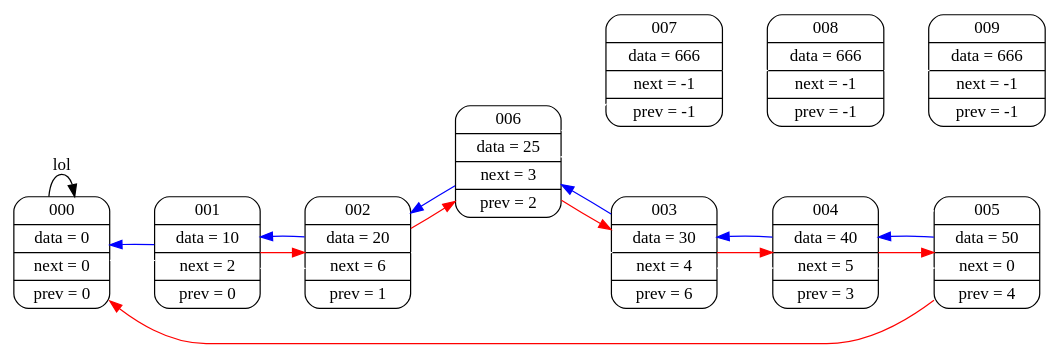
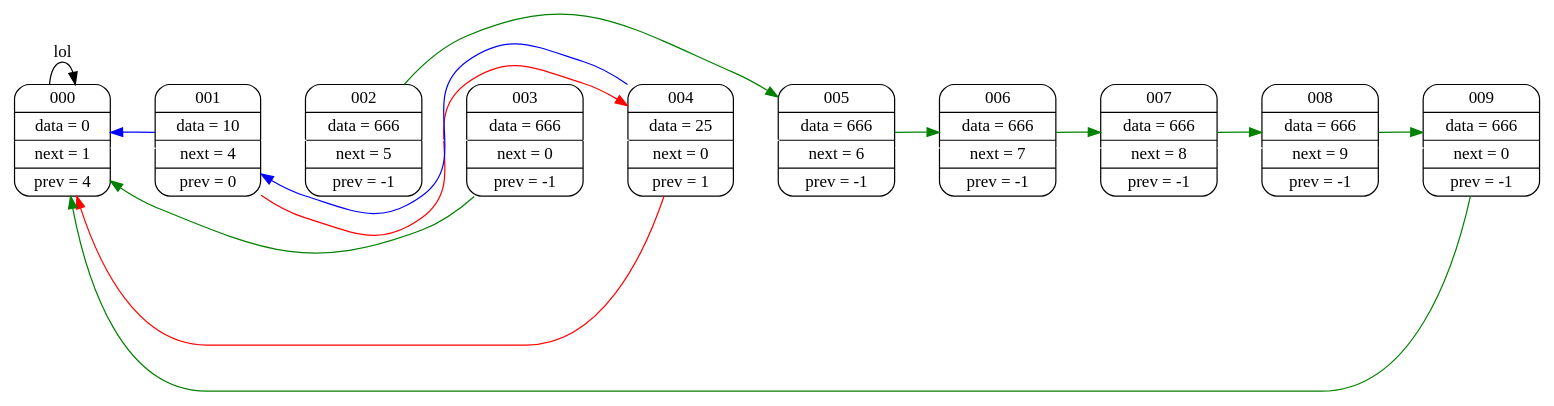
The diagram in graphviz/dump.dot (daniilgriga/List), drawn with Graphviz before and after one commit. The commit also changed 3 other files, not shown here.

```diff
--- a/graphviz/dump.dot
+++ b/graphviz/dump.dot
@@ -1,40 +1,41 @@
 digraph
 {
 rankdir = "LR";
-node000 [shape=Mrecord; label = "  000 | data =   0 | next =   0 | prev =   0  "];
-node001 [shape=Mrecord; label = "  001 | data =  10 | next =   2 | prev =   0  "];
-node002 [shape=Mrecord; label = "  002 | data =  20 | next =   6 | prev =   1  "];
-node003 [shape=Mrecord; label = "  003 | data =  30 | next =   4 | prev =   6  "];
-node004 [shape=Mrecord; label = "  004 | data =  40 | next =   5 | prev =   3  "];
-node005 [shape=Mrecord; label = "  005 | data =  50 | next =   0 | prev =   4  "];
-node006 [shape=Mrecord; label = "  006 | data =  25 | next =   3 | prev =   2  "];
-node007 [shape=Mrecord; label = "  007 | data = 666 | next =  -1 | prev =  -1  "];
-node008 [shape=Mrecord; label = "  008 | data = 666 | next =  -1 | prev =  -1  "];
-node009 [shape=Mrecord; label = "  009 | data = 666 | next =  -1 | prev =  -1  "];
+node000 [shape=Mrecord; label = "  000 | data =   0 | next =   1 | prev =   4  "];
+node001 [shape=Mrecord; label = "  001 | data =  10 | next =   4 | prev =   0  "];
+node002 [shape=Mrecord; label = "  002 | data = 666 | next =   5 | prev =  -1  "];
+node003 [shape=Mrecord; label = "  003 | data = 666 | next =   0 | prev =  -1  "];
+node004 [shape=Mrecord; label = "  004 | data =  25 | next =   0 | prev =   1  "];
+node005 [shape=Mrecord; label = "  005 | data = 666 | next =   6 | prev =  -1  "];
+node006 [shape=Mrecord; label = "  006 | data = 666 | next =   7 | prev =  -1  "];
+node007 [shape=Mrecord; label = "  007 | data = 666 | next =   8 | prev =  -1  "];
+node008 [shape=Mrecord; label = "  008 | data = 666 | next =   9 | prev =  -1  "];
+node009 [shape=Mrecord; label = "  009 | data = 666 | next =   0 | prev =  -1  "];
 
 node000 -> node001 [ weight=1000; color=white; ];
 node001 -> node002 [ weight=1000; color=white; ];
 node002 -> node003 [ weight=1000; color=white; ];
 node003 -> node004 [ weight=1000; color=white; ];
 node004 -> node005 [ weight=1000; color=white; ];
 node005 -> node006 [ weight=1000; color=white; ];
 node006 -> node007 [ weight=1000; color=white; ];
 node007 -> node008 [ weight=1000; color=white; ];
 node008 -> node009 [ weight=1000; color=white; ];
 
 node000 -> node000 [ label = "lol"];
 
-node001 -> node002 [ color=red; ]
-node002 -> node006 [ color=red; ]
-node003 -> node004 [ color=red; ]
-node004 -> node005 [ color=red; ]
-node005 -> node000 [ color=red; ]
-node006 -> node003 [ color=red; ]
+node001 -> node004 [ color=red; ]
+node004 -> node000 [ color=red; ]
 
 node001 -> node000 [ color=blue; ]
-node002 -> node001 [ color=blue; ]
-node003 -> node006 [ color=blue; ]
-node004 -> node003 [ color=blue; ]
-node005 -> node004 [ color=blue; ]
-node006 -> node002 [ color=blue; ]
+node004 -> node001 [ color=blue; ]
+
+node002 -> node005 [ color=green; ]
+node003 -> node000 [ color=green; ]
+
+node005 -> node006 [ color=green; ]
+node006 -> node007 [ color=green; ]
+node007 -> node008 [ color=green; ]
+node008 -> node009 [ color=green; ]
+node009 -> node000 [ color=green; ]
 }
```
